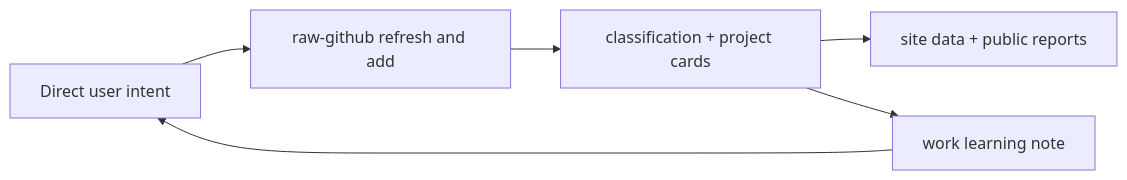
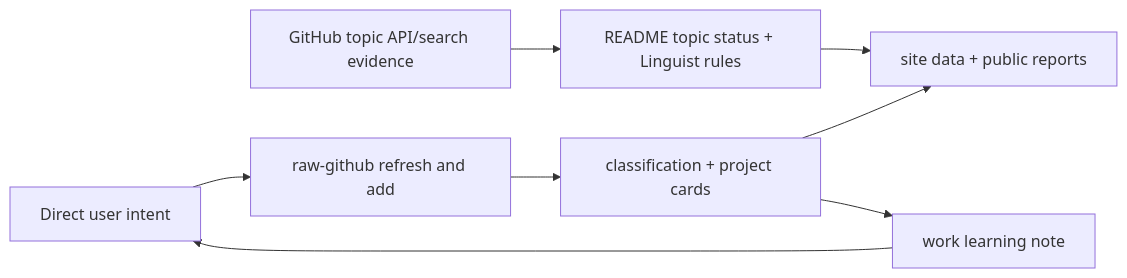
Before and after one commit to Shiyao-Huang/awesome-agent-evolution: the diagram in .mermaid/current/graph.mmd, drawn with Mermaid. The commit also changed 36 other files, not shown here.

Commit message:
docs: sync github topic indexing evidence

```diff
--- a/.mermaid/current/graph.mmd
+++ b/.mermaid/current/graph.mmd
@@ -1,6 +1,8 @@
 flowchart LR
   INTENT["Direct user intent"] --> RAW["raw-github refresh and add"]
+  TOPIC["GitHub topic API/search evidence"] --> LINGUIST["README topic status + Linguist rules"]
   RAW --> PROC["classification + project cards"]
+  LINGUIST --> SITE
   PROC --> SITE["site data + public reports"]
   PROC --> NOTE["work learning note"]
   NOTE --> INTENT
```
